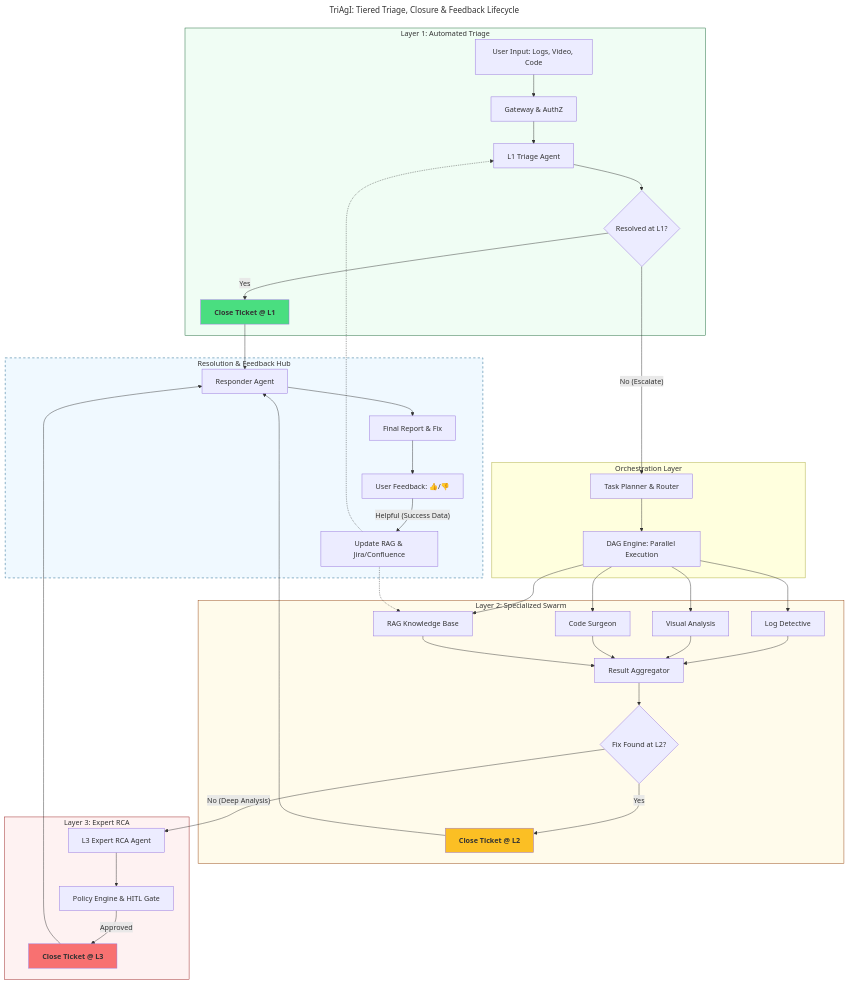
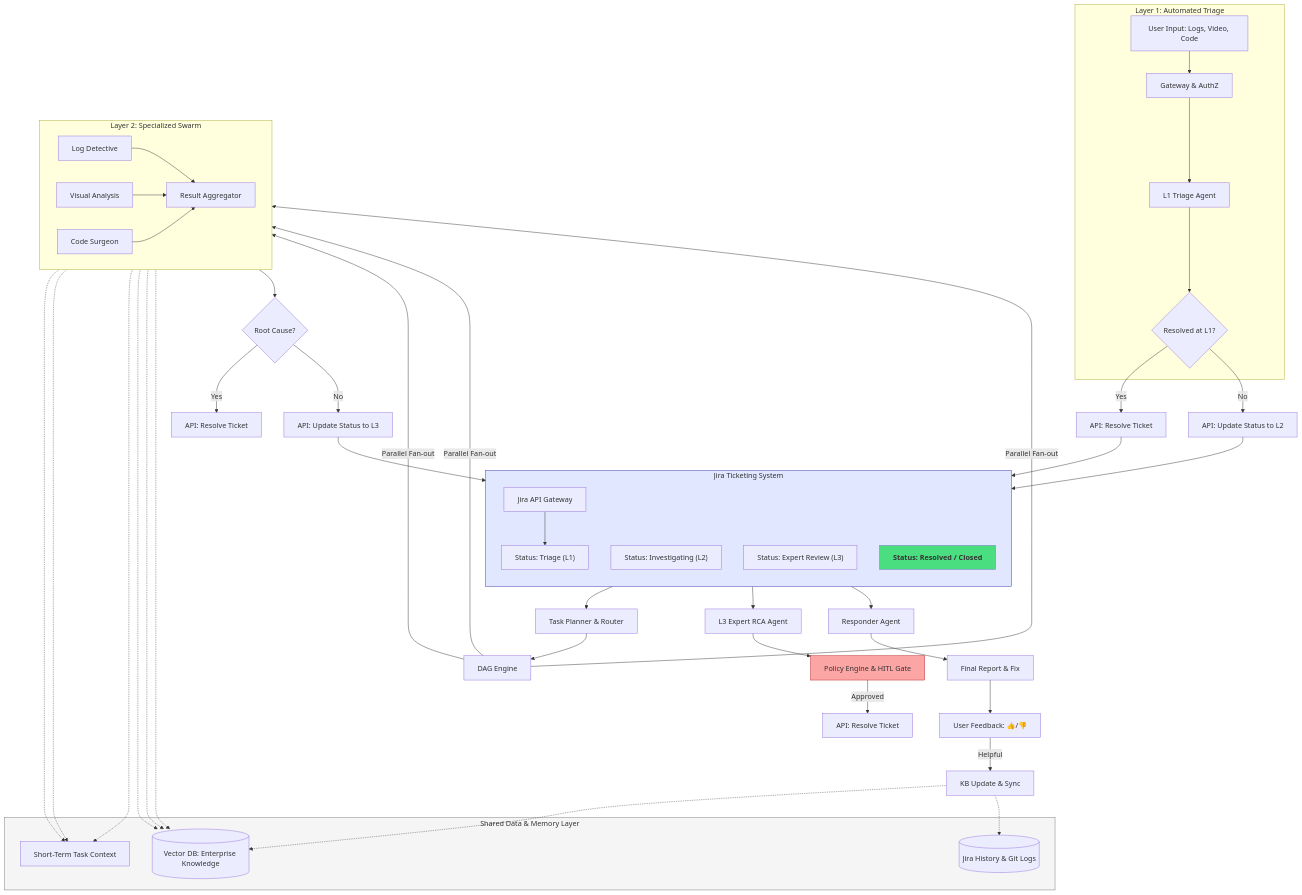
The diagram in web_portal_frontend/src/docs/tech-arch.mmd (sandeep-dev-tel/green-light-portal-50873), drawn with Mermaid before and after one commit. The commit also changed 3 other files, not shown here.

```diff
--- a/web_portal_frontend/src/docs/tech-arch.mmd
+++ b/web_portal_frontend/src/docs/tech-arch.mmd
@@ -1,69 +1,78 @@
 ---
-title: "TriAgI: Tiered Triage, Closure & Feedback Lifecycle"
+config:
+  maxTextSize: 1000000
 ---
-
 graph TD
-  %% Tier 1: Intake & Triage
+  %% Tier 1: Intake
   subgraph Tier1["Layer 1: Automated Triage"]
     A["User Input: Logs, Video, Code"] --> B["Gateway & AuthZ"]
     B --> C["L1 Triage Agent"]
     C --> D{"Resolved at L1?"}
-
-    D -- "Yes" --> CL1["Close Ticket @ L1"]
   end
 
-  %% Orchestration Layer
-  subgraph Orchestration["Orchestration Layer"]
-    D -- "No (Escalate)" --> E["Task Planner & Router"]
-    E --> F["DAG Engine: Parallel Execution"]
+  %% Jira as System of Record
+  subgraph JiraSystem["Jira Ticketing System"]
+    direction TB
+    JS["Jira API Gateway"]
+    S1["Status: Triage (L1)"]
+    S2["Status: Investigating (L2)"]
+    S3["Status: Expert Review (L3)"]
+    S4["Status: Resolved / Closed"]
+    
+    JS --> S1
   end
 
-  %% Tier 2: Investigation Swarm
-  subgraph Tier2["Layer 2: Specialized Swarm"]
-    F --> G1["Log Detective"]
-    F --> G2["Visual Analysis"]
-    F --> G3["Code Surgeon"]
-    F --> G4["RAG Knowledge Base"]
-
-    G1 & G2 & G3 & G4 --> H["Result Aggregator"]
-    H --> I{"Fix Found at L2?"}
-
-    I -- "Yes" --> CL2["Close Ticket @ L2"]
+  %% Shared Services (The Memory Layer)
+  subgraph SharedServices["Shared Data & Memory Layer"]
+    MEM["Short-Term Task Context"]
+    RAG_DB[("Vector DB: Enterprise Knowledge")]
+    Jira_Hist[("Jira History & Git Logs")]
   end
 
-  %% Tier 3: Expert Resolution
-  subgraph Tier3["Layer 3: Expert RCA"]
-    I -- "No (Deep Analysis)" --> J["L3 Expert RCA Agent"]
-    J --> K["Policy Engine & HITL Gate"]
-
-    K -- "Approved" --> CL3["Close Ticket @ L3"]
+  %% Tier 2 Swarm
+  subgraph Tier2["Layer 2: Specialized Swarm"]
+    direction LR
+    G1["Log Detective"]
+    G2["Visual Analysis"]
+    G3["Code Surgeon"]
+    
+    G1 & G2 & G3 --> Agg["Result Aggregator"]
   end
 
-  %% Output & Feedback Flow
-  subgraph FeedbackFlow["Resolution & Feedback Hub"]
-    Resp["Responder Agent"]
-    Rep["Final Report & Fix"]
-    FB["User Feedback: 👍/👎"]
-    KB["Update RAG & Jira/Confluence"]
-  end
+  %% ESCALATIONS & STATUS UPDATES
+  D -- "Yes" --> J_Close1["API: Resolve Ticket"] --> S4
+  D -- "No" --> J_Esc1["API: Update Status to L2"] --> S2
+  
+  S2 --> Planner["Task Planner & Router"]
+  Planner --> DAG["DAG Engine"]
+  
+  DAG -- "Parallel Fan-out" --> G1
+  DAG -- "Parallel Fan-out" --> G2
+  DAG -- "Parallel Fan-out" --> G3
+  
+  %% Memory access
+  G1 & G2 & G3 -.-> MEM
+  G1 & G2 & G3 -.-> RAG_DB
+  
+  %% L2 to L3 Transition
+  Agg --> L2D{"Root Cause?"}
+  L2D -- "Yes" --> J_Close2["API: Resolve Ticket"]
+  L2D -- "No" --> J_Esc2["API: Update Status to L3"] --> S3
+  
+  S3 --> L3["L3 Expert RCA Agent"]
+  L3 --> Policy["Policy Engine & HITL Gate"]
+  Policy -- "Approved" --> J_Close3["API: Resolve Ticket"]
 
-  %% Connecting Closures to Responder
-  CL1 & CL2 & CL3 --> Resp
-
-  %% The Cyclic Feedback Loop
-  Resp --> Rep
-  Rep --> FB
-  FB -- "Helpful (Success Data)" --> KB
-
-  %% Feeding back to the system for future usage
-  KB -.-> C
-  KB -.-> G4
+  %% FEEDBACK HUB
+  S4 --> Resp["Responder Agent"]
+  Resp --> Rep["Final Report & Fix"]
+  Rep --> FB["User Feedback: 👍/👎"]
+  FB -- "Helpful" --> KB["KB Update & Sync"]
+  KB -.-> RAG_DB
+  KB -.-> Jira_Hist
 
   %% Styling
-  style Tier1 fill:#f0fdf4,stroke:#166534
-  style Tier2 fill:#fffbeb,stroke:#92400e
-  style Tier3 fill:#fef2f2,stroke:#991b1b
-  style FeedbackFlow fill:#f0f9ff,stroke:#075985,stroke-dasharray: 5 5
-  style CL1 fill:#4ade80,font-weight:bold
-  style CL2 fill:#fbbf24,font-weight:bold
-  style CL3 fill:#f87171,font-weight:bold
+  style JiraSystem fill:#e0e7ff,stroke:#3730a3
+  style SharedServices fill:#f5f5f5,stroke:#737373
+  style S4 fill:#4ade80,font-weight:bold
+  style Policy fill:#fca5a5,stroke:#b91c1c
```
